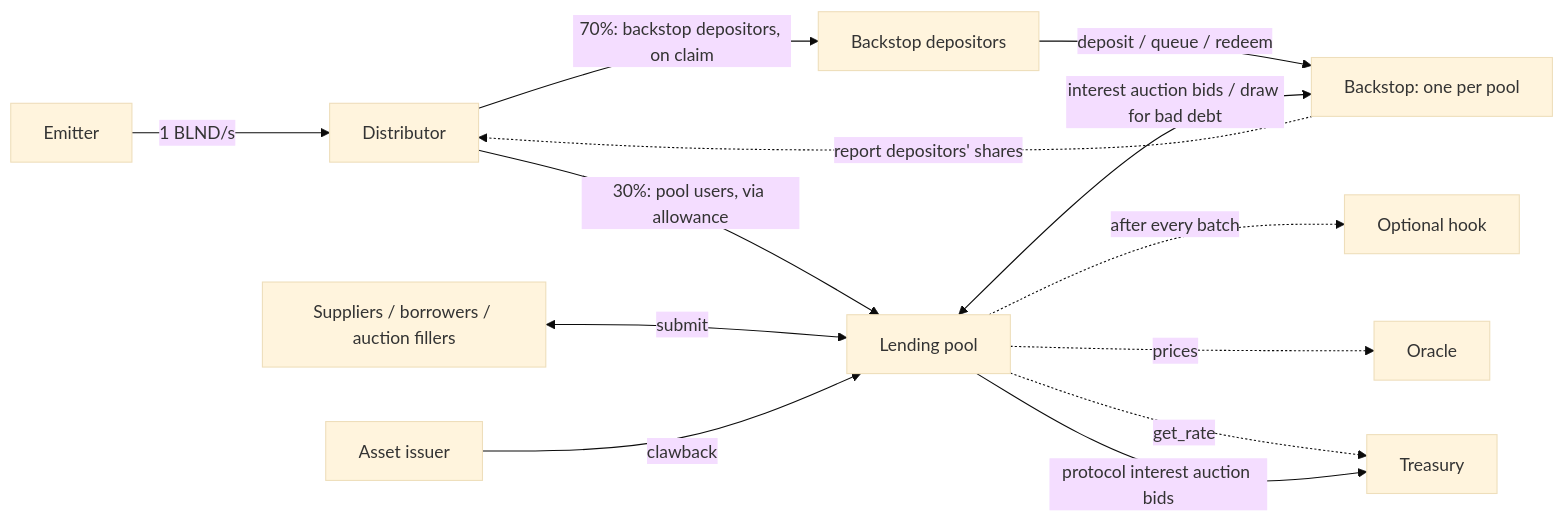
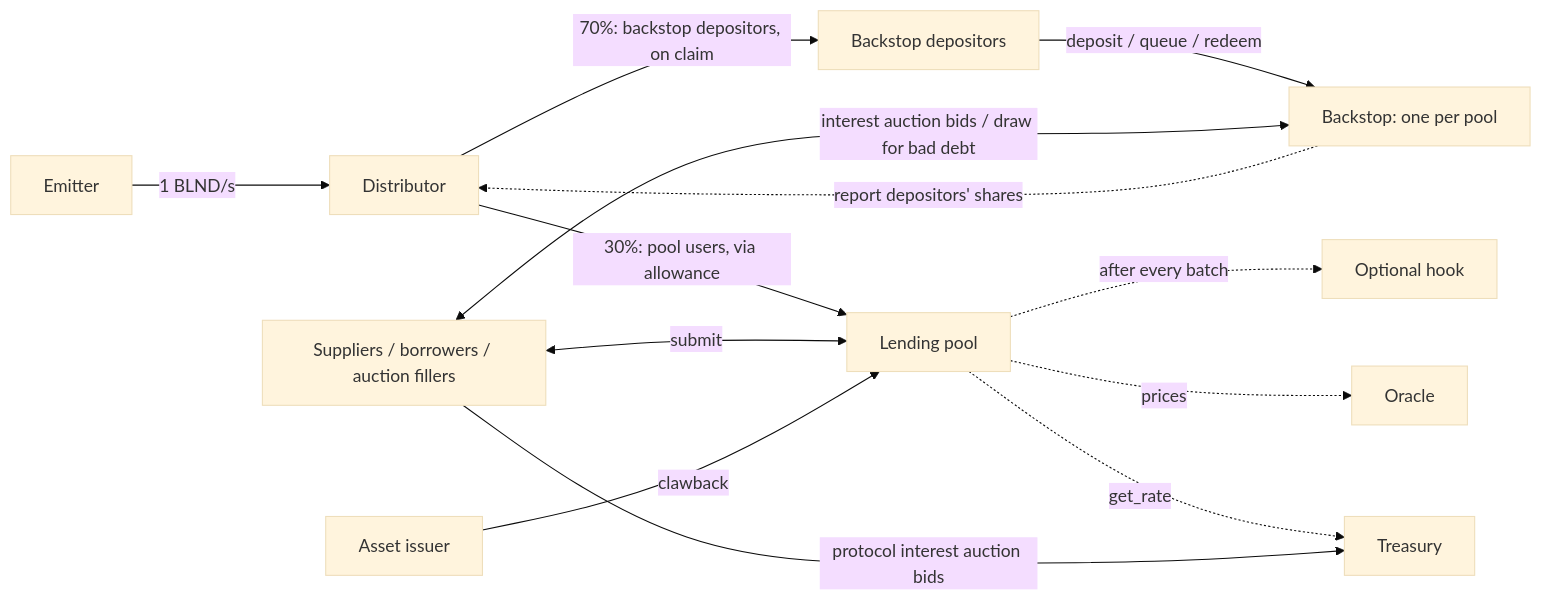
One commit to zenith-protocols/blend-v3-proposal changed the diagram in OVERVIEW.md. Above: the diagram before and after it, drawn with Mermaid (base theme).

Commit message:
Move the diagram's auction token arrows from the pool to the fillers
Fillers pay interest auction bids straight to the backstop and the
treasury. A bad-debt draw pays backstop tokens straight to the filler.

````diff
--- a/OVERVIEW.md
+++ b/OVERVIEW.md
@@ -50,15 +50,15 @@
 ```mermaid
 flowchart LR
   E["Emitter"] -->|"1 BLND/s"| BD["Distributor"]
   BD -->|"70%: backstop depositors, on claim"| D["Backstop depositors"]
   BD -->|"30%: pool users, via allowance"| P["Lending pool"]
   D -->|"deposit / queue / redeem"| B["Backstop: one per pool"]
   B -.->|"report depositors' shares"| BD
   U["Suppliers / borrowers / auction fillers"] <-->|"submit"| P
   P -.->|"after every batch"| H["Optional hook"]
   P -.->|"prices"| O["Oracle"]
-  P <-->|"interest auction bids / draw for bad debt"| B
+  U <-->|"interest auction bids / draw for bad debt"| B
   P -.->|"get_rate"| T["Treasury"]
-  P -->|"protocol interest auction bids"| T
+  U -->|"protocol interest auction bids"| T
   I["Asset issuer"] -->|"clawback"| P
 ```
````
